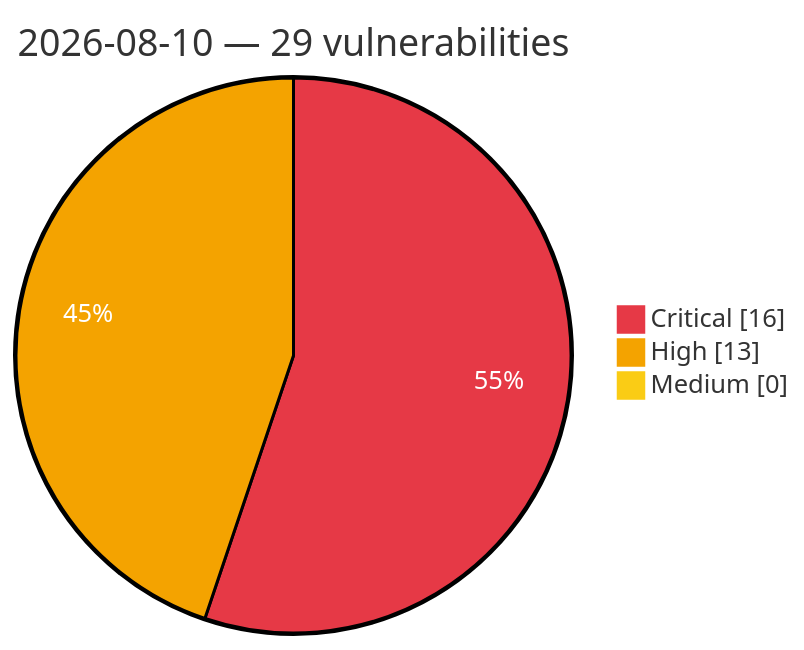
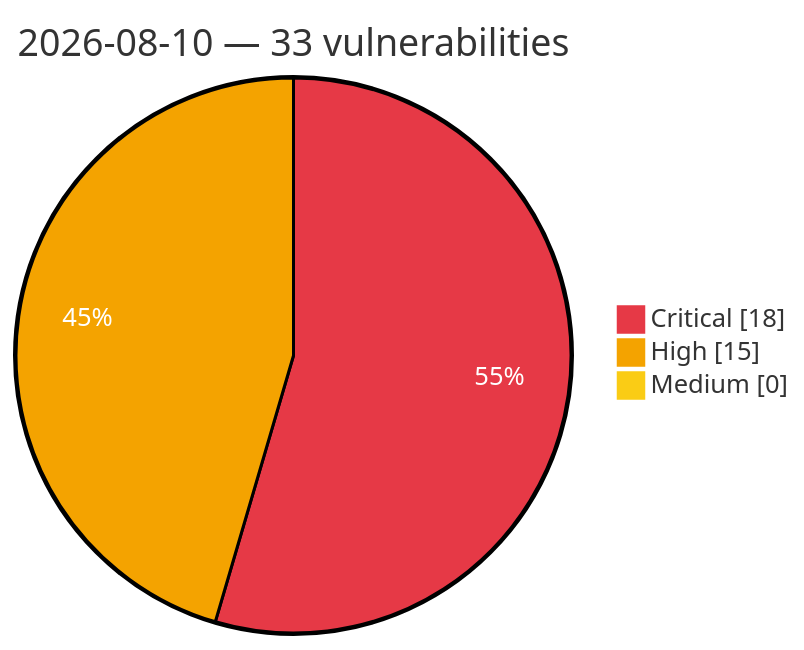
Before and after one commit to GhostX0X/vuln-tracker: the diagram in vulnerabilities/2026/August/2026-08-10.md, drawn with Mermaid. The commit also changed other lines of this file and 5 other files, not shown here.

Commit message:
Auto update: critical/high vulns (2026-08-10 18:33 UTC)

````diff
--- a/vulnerabilities/2026/August/2026-08-10.md
+++ b/vulnerabilities/2026/August/2026-08-10.md
@@ -3,8 +3,8 @@
 ```mermaid
 %%{init: {'theme':'base', 'themeVariables': {'pie1':'#e63946', 'pie2':'#f4a300', 'pie3':'#facc15', 'pieOpacity':'1', 'pieOuterStrokeWidth':'2px', 'pieSectionTextColor':'#ffffff'}}}%%
 pie showData
-    title 2026-08-10 — 29 vulnerabilities
-    "Critical" : 16
-    "High" : 13
+    title 2026-08-10 — 33 vulnerabilities
+    "Critical" : 18
+    "High" : 15
     "Medium" : 0
 ```
````
